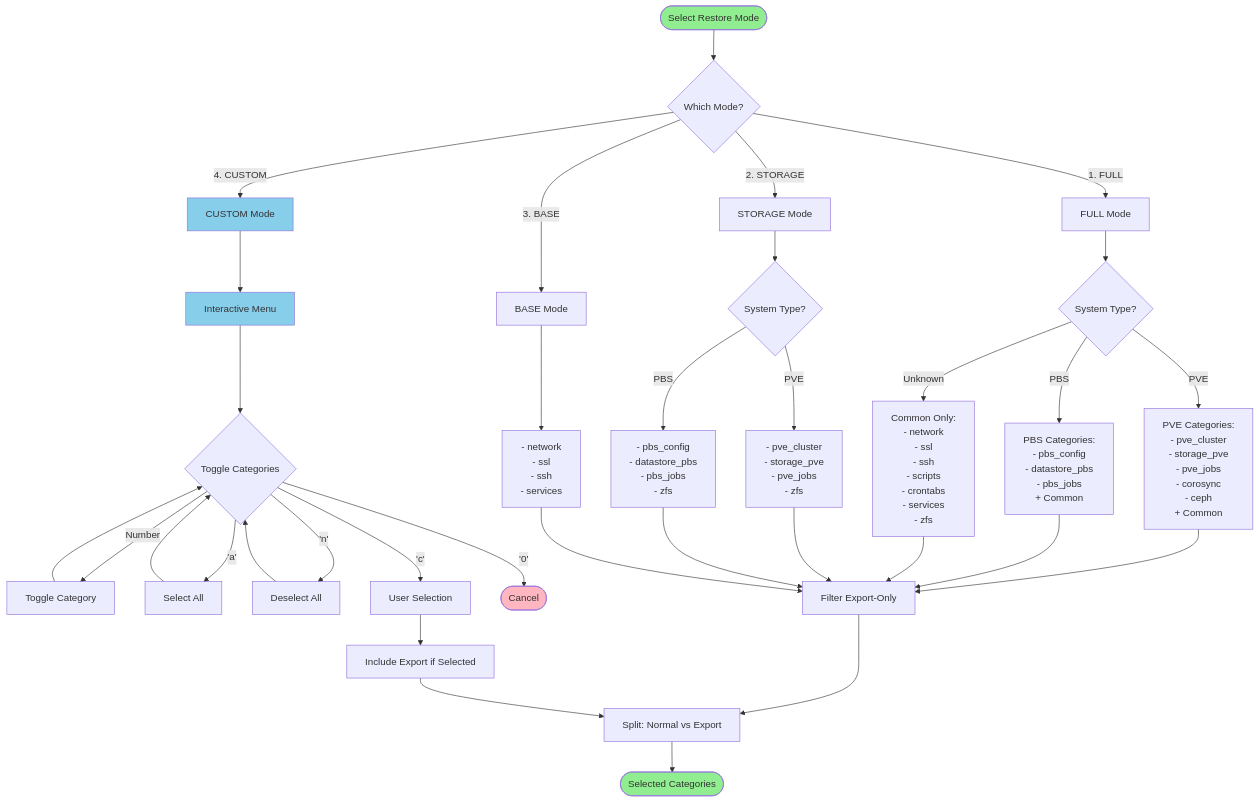
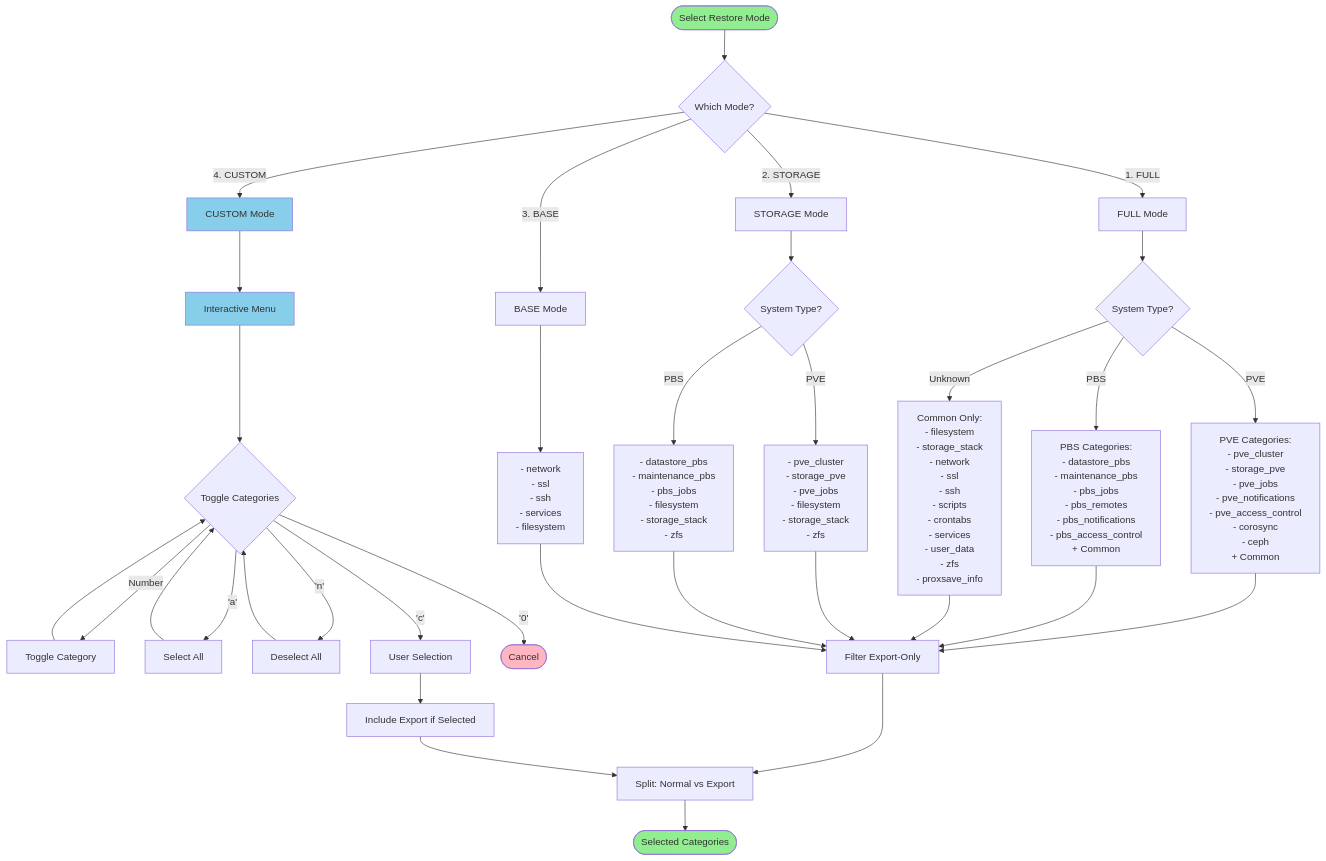
The second of 12 diagrams in docs/RESTORE_DIAGRAMS.md (tis24dev/proxsave), drawn with Mermaid before and after one commit. The commit also changed 22 other files, not shown here.

````diff
--- a/docs/RESTORE_DIAGRAMS.md
+++ b/docs/RESTORE_DIAGRAMS.md
@@ -91,49 +91,49 @@
 ```mermaid
 flowchart TD
     Start([Select Restore Mode]) --> Mode{Which Mode?}
 
     Mode -->|1. FULL| Full[FULL Mode]
     Mode -->|2. STORAGE| Storage[STORAGE Mode]
     Mode -->|3. BASE| Base[BASE Mode]
     Mode -->|4. CUSTOM| Custom[CUSTOM Mode]
 
     Full --> SystemFull{System Type?}
-    SystemFull -->|PVE| PVEFull[PVE Categories:<br/>- pve_cluster<br/>- storage_pve<br/>- pve_jobs<br/>- corosync<br/>- ceph<br/>+ Common]
-    SystemFull -->|PBS| PBSFull[PBS Categories:<br/>- pbs_config<br/>- datastore_pbs<br/>- pbs_jobs<br/>+ Common]
-    SystemFull -->|Unknown| CommonFull[Common Only:<br/>- network<br/>- ssl<br/>- ssh<br/>- scripts<br/>- crontabs<br/>- services<br/>- zfs]
+    SystemFull -->|PVE| PVEFull[PVE Categories:<br/>- pve_cluster<br/>- storage_pve<br/>- pve_jobs<br/>- pve_notifications<br/>- pve_access_control<br/>- corosync<br/>- ceph<br/>+ Common]
+    SystemFull -->|PBS| PBSFull[PBS Categories:<br/>- datastore_pbs<br/>- maintenance_pbs<br/>- pbs_jobs<br/>- pbs_remotes<br/>- pbs_notifications<br/>- pbs_access_control<br/>+ Common]
+    SystemFull -->|Unknown| CommonFull[Common Only:<br/>- filesystem<br/>- storage_stack<br/>- network<br/>- ssl<br/>- ssh<br/>- scripts<br/>- crontabs<br/>- services<br/>- user_data<br/>- zfs<br/>- proxsave_info]
 
     Storage --> SystemStorage{System Type?}
-    SystemStorage -->|PVE| PVEStorage[- pve_cluster<br/>- storage_pve<br/>- pve_jobs<br/>- zfs]
-    SystemStorage -->|PBS| PBSStorage[- pbs_config<br/>- datastore_pbs<br/>- pbs_jobs<br/>- zfs]
+    SystemStorage -->|PVE| PVEStorage[- pve_cluster<br/>- storage_pve<br/>- pve_jobs<br/>- filesystem<br/>- storage_stack<br/>- zfs]
+    SystemStorage -->|PBS| PBSStorage[- datastore_pbs<br/>- maintenance_pbs<br/>- pbs_jobs<br/>- filesystem<br/>- storage_stack<br/>- zfs]
 
-    Base --> BaseCats[- network<br/>- ssl<br/>- ssh<br/>- services]
+    Base --> BaseCats[- network<br/>- ssl<br/>- ssh<br/>- services<br/>- filesystem]
 
     Custom --> CheckboxMenu[Interactive Menu]
     CheckboxMenu --> ToggleLoop{Toggle Categories}
     ToggleLoop -->|Number| Toggle[Toggle Category]
     Toggle --> ToggleLoop
     ToggleLoop -->|'a'| SelectAll[Select All]
     SelectAll --> ToggleLoop
     ToggleLoop -->|'n'| DeselectAll[Deselect All]
     DeselectAll --> ToggleLoop
     ToggleLoop -->|'c'| CustomSelected[User Selection]
     ToggleLoop -->|'0'| Cancel([Cancel])
 
     PVEFull --> FilterExport[Filter Export-Only]
     PBSFull --> FilterExport
     CommonFull --> FilterExport
     PVEStorage --> FilterExport
     PBSStorage --> FilterExport
     BaseCats --> FilterExport
     CustomSelected --> NoFilter[Include Export if Selected]
 
     FilterExport --> Split[Split: Normal vs Export]
     NoFilter --> Split
     Split --> Result([Selected Categories])
 
     style Start fill:#90EE90
     style Result fill:#90EE90
     style Cancel fill:#FFB6C1
     style Custom fill:#87CEEB
     style CheckboxMenu fill:#87CEEB
 ```
````
